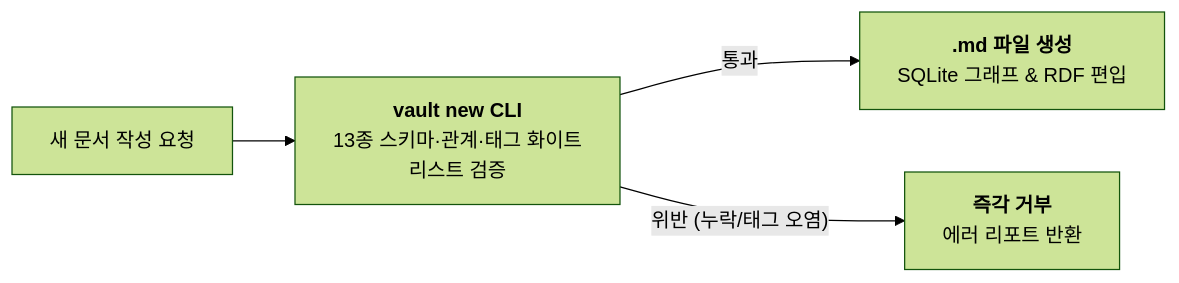
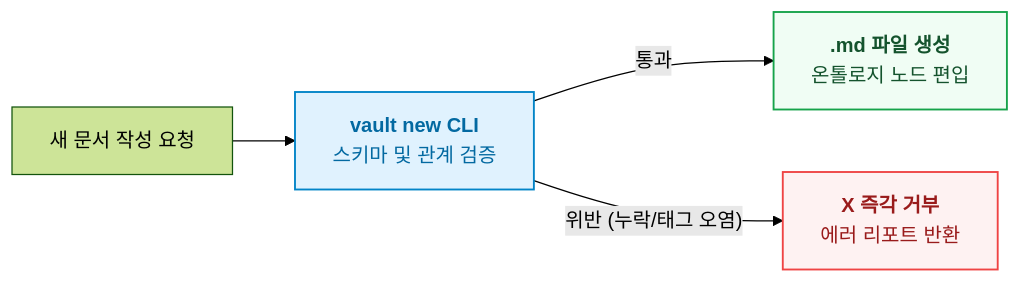
One commit to tomato-vault/tomato-vault.github.io changed the diagram in _posts/tech/ontology-engineering/2 4,400개의 흩어진 생각에 척추를 세우고 도구의 착각까지 도려내다.md. Above: the diagram before and after it, drawn with Mermaid (forest theme). The commit also changed 19 other files, not shown here.

First line of the commit message:
Refactor ontology engineering documentation with enhanced diagrams and clarity

````diff
--- a/_posts/tech/ontology-engineering/2 4,400개의 흩어진 생각에 척추를 세우고 도구의 착각까지 도려내다.md
+++ b/_posts/tech/ontology-engineering/2 4,400개의 흩어진 생각에 척추를 세우고 도구의 착각까지 도려내다.md
@@ -52,6 +52,12 @@
 ```mermaid
 flowchart LR
-    A["새 문서 작성 요청"] --> B["<b>vault new CLI</b><br/>13종 스키마·관계·태그 화이트리스트 검증"]
-    B -->|"통과"| C["<b>.md 파일 생성</b><br/>SQLite 그래프 & RDF 편입"]
-    B -->|"위반 (누락/태그 오염)"| D["<b>즉각 거부</b><br/>에러 리포트 반환"]
+    A["새 문서 작성 요청"] --> B["<b>vault new CLI</b><br/>스키마 및 관계 검증"]
+    B -->|"통과"| C["<b>.md 파일 생성</b><br/>온톨로지 노드 편입"]
+    B -->|"위반 (누락/태그 오염)"| D["<b>X 즉각 거부</b><br/>에러 리포트 반환"]
+    classDef ok fill:#f0fdf4,stroke:#16a34a,stroke-width:1.5px,color:#14532d
+    classDef no fill:#fef2f2,stroke:#ef4444,stroke-width:1.5px,color:#991b1b
+    classDef cli fill:#e0f2fe,stroke:#0284c7,stroke-width:1.5px,color:#0369a1
+    class C ok
+    class D no
+    class B cli
 ```
````
